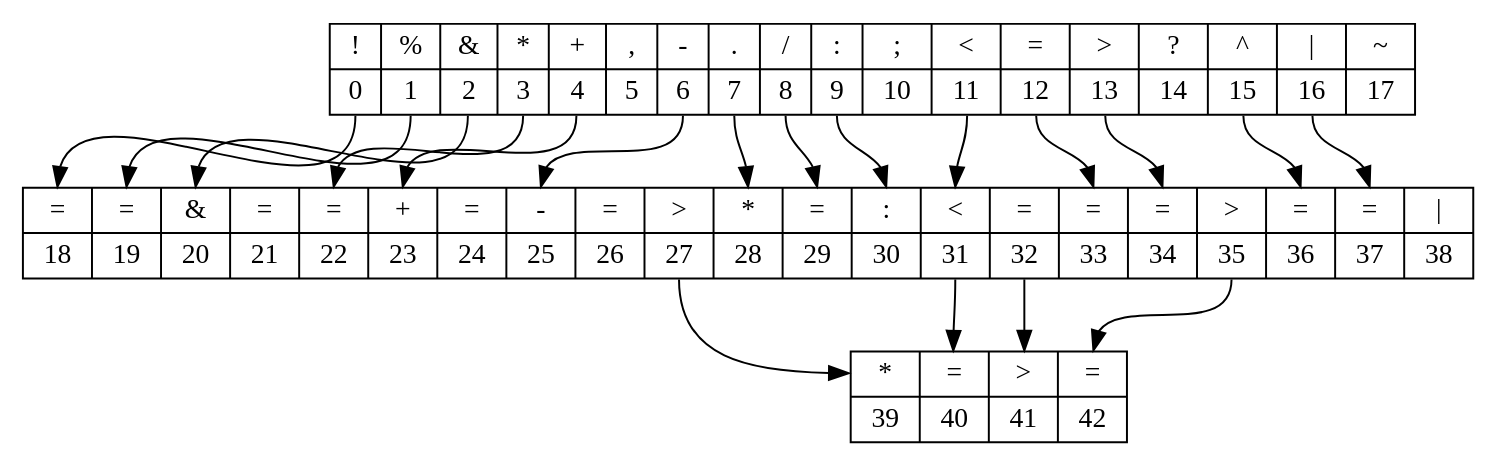
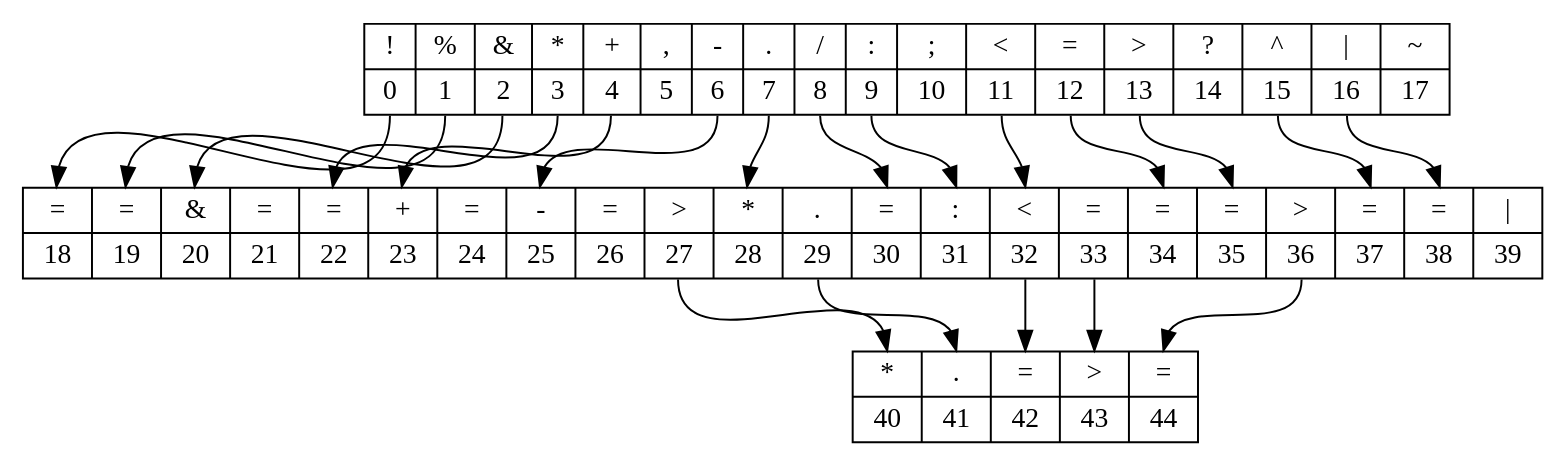
Before and after one commit to al-martyn1/umba-md-pp: the diagram in doc/trie_flat2.dot, drawn with Graphviz.

Commit message:
Обновил trie плюсовых операторов.

```diff
--- a/doc/trie_flat2.dot
+++ b/doc/trie_flat2.dot
@@ -1,24 +1,25 @@
 digraph structs {
 node [shape=record];
 L0[label="{<I0>!|<O0>0}|{<I1>%|<O1>1}|{<I2>&|<O2>2}|{<I3>*|<O3>3}|{<I4>+|<O4>4}|{<I5>,|<O5>5}|{<I6>-|<O6>6}|{<I7>.|<O7>7}|{<I8>/|<O8>8}|{<I9>:|<O9>9}|{<I10>;|<O10>10}|{<I11>\<|<O11>11}|{<I12>=|<O12>12}|{<I13>\>|<O13>13}|{<I14>?|<O14>14}|{<I15>^|<O15>15}|{<I16>\||<O16>16}|{<I17>~|<O17>17}"];
-L1[label="{<I18>=|<O18>18}|{<I19>=|<O19>19}|{<I20>&|<O20>20}|{<I21>=|<O21>21}|{<I22>=|<O22>22}|{<I23>+|<O23>23}|{<I24>=|<O24>24}|{<I25>-|<O25>25}|{<I26>=|<O26>26}|{<I27>\>|<O27>27}|{<I28>*|<O28>28}|{<I29>=|<O29>29}|{<I30>:|<O30>30}|{<I31>\<|<O31>31}|{<I32>=|<O32>32}|{<I33>=|<O33>33}|{<I34>=|<O34>34}|{<I35>\>|<O35>35}|{<I36>=|<O36>36}|{<I37>=|<O37>37}|{<I38>\||<O38>38}"];
-L2[label="{<I39>*|<O39>39}|{<I40>=|<O40>40}|{<I41>\>|<O41>41}|{<I42>=|<O42>42}"];
+L1[label="{<I18>=|<O18>18}|{<I19>=|<O19>19}|{<I20>&|<O20>20}|{<I21>=|<O21>21}|{<I22>=|<O22>22}|{<I23>+|<O23>23}|{<I24>=|<O24>24}|{<I25>-|<O25>25}|{<I26>=|<O26>26}|{<I27>\>|<O27>27}|{<I28>*|<O28>28}|{<I29>.|<O29>29}|{<I30>=|<O30>30}|{<I31>:|<O31>31}|{<I32>\<|<O32>32}|{<I33>=|<O33>33}|{<I34>=|<O34>34}|{<I35>=|<O35>35}|{<I36>\>|<O36>36}|{<I37>=|<O37>37}|{<I38>=|<O38>38}|{<I39>\||<O39>39}"];
+L2[label="{<I40>*|<O40>40}|{<I41>.|<O41>41}|{<I42>=|<O42>42}|{<I43>\>|<O43>43}|{<I44>=|<O44>44}"];
 L0:O0 -> L1:I18
 L0:O1 -> L1:I19
 L0:O2 -> L1:I20
 L0:O3 -> L1:I22
 L0:O4 -> L1:I23
 L0:O6 -> L1:I25
 L0:O7 -> L1:I28
-L0:O8 -> L1:I29
-L0:O9 -> L1:I30
-L0:O11 -> L1:I31
-L0:O12 -> L1:I33
-L0:O13 -> L1:I34
-L0:O15 -> L1:I36
-L0:O16 -> L1:I37
-L1:O27 -> L2:I39
-L1:O31 -> L2:I40
-L1:O32 -> L2:I41
-L1:O35 -> L2:I42
+L0:O8 -> L1:I30
+L0:O9 -> L1:I31
+L0:O11 -> L1:I32
+L0:O12 -> L1:I34
+L0:O13 -> L1:I35
+L0:O15 -> L1:I37
+L0:O16 -> L1:I38
+L1:O27 -> L2:I40
+L1:O29 -> L2:I41
+L1:O32 -> L2:I42
+L1:O33 -> L2:I43
+L1:O36 -> L2:I44
 }
```
